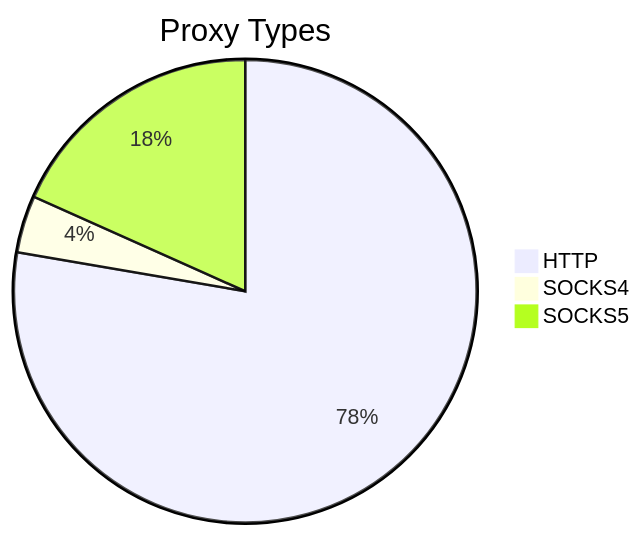
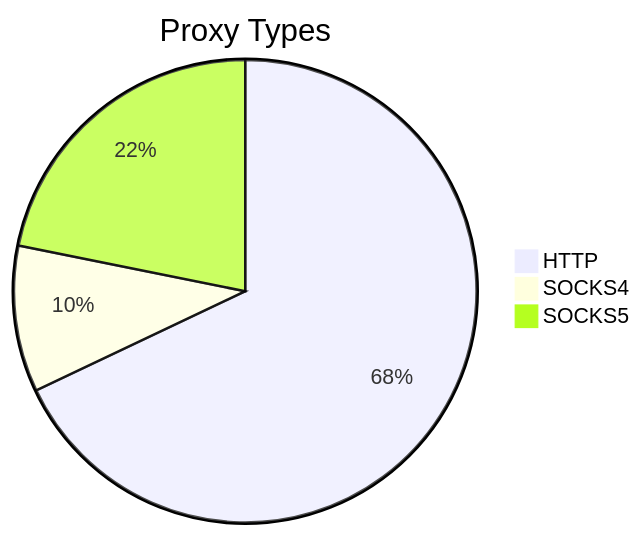
The first of 2 diagrams in README.md (stormsia/proxy-list), drawn with Mermaid before and after one commit. The commit also changed other lines of this file, not shown here.

````diff
--- a/README.md
+++ b/README.md
@@ -21,6 +21,6 @@
 ```mermaid
 pie title Proxy Types
-    "HTTP" : 331
-    "SOCKS4" : 17
-    "SOCKS5" : 78
+    "HTTP" : 193
+    "SOCKS4" : 29
+    "SOCKS5" : 62
 ```
````
